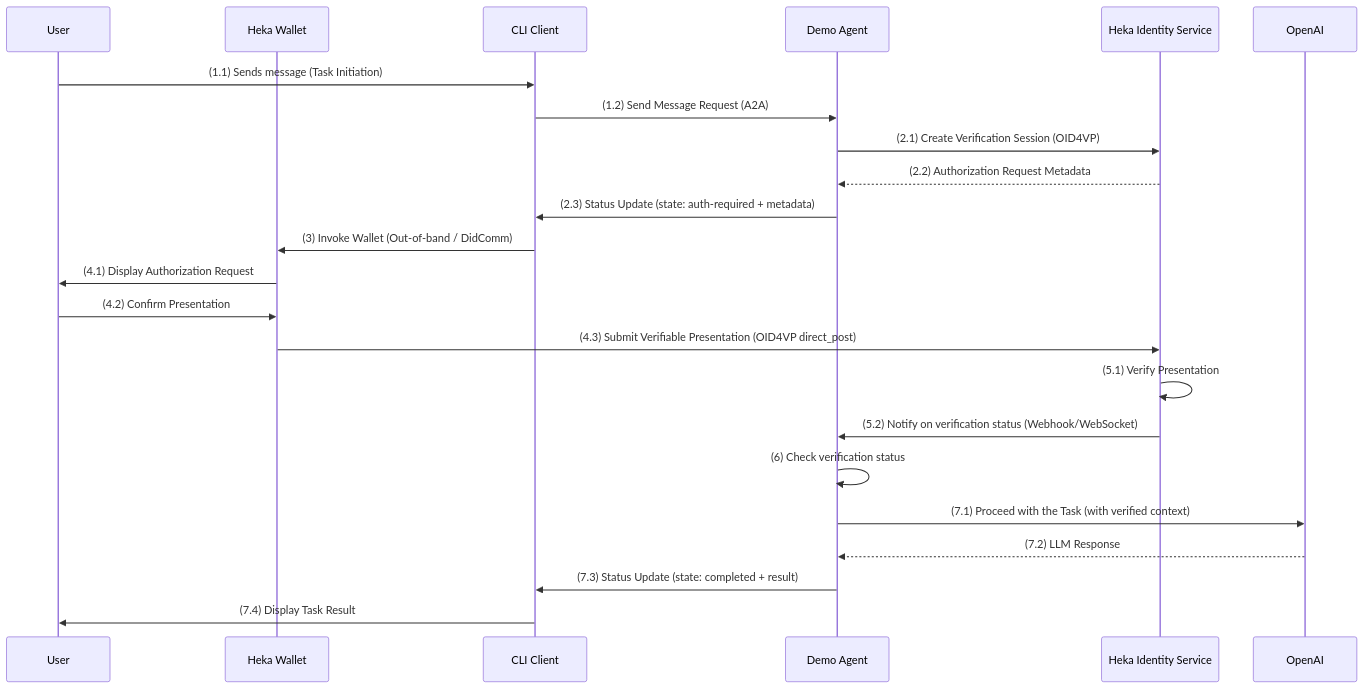
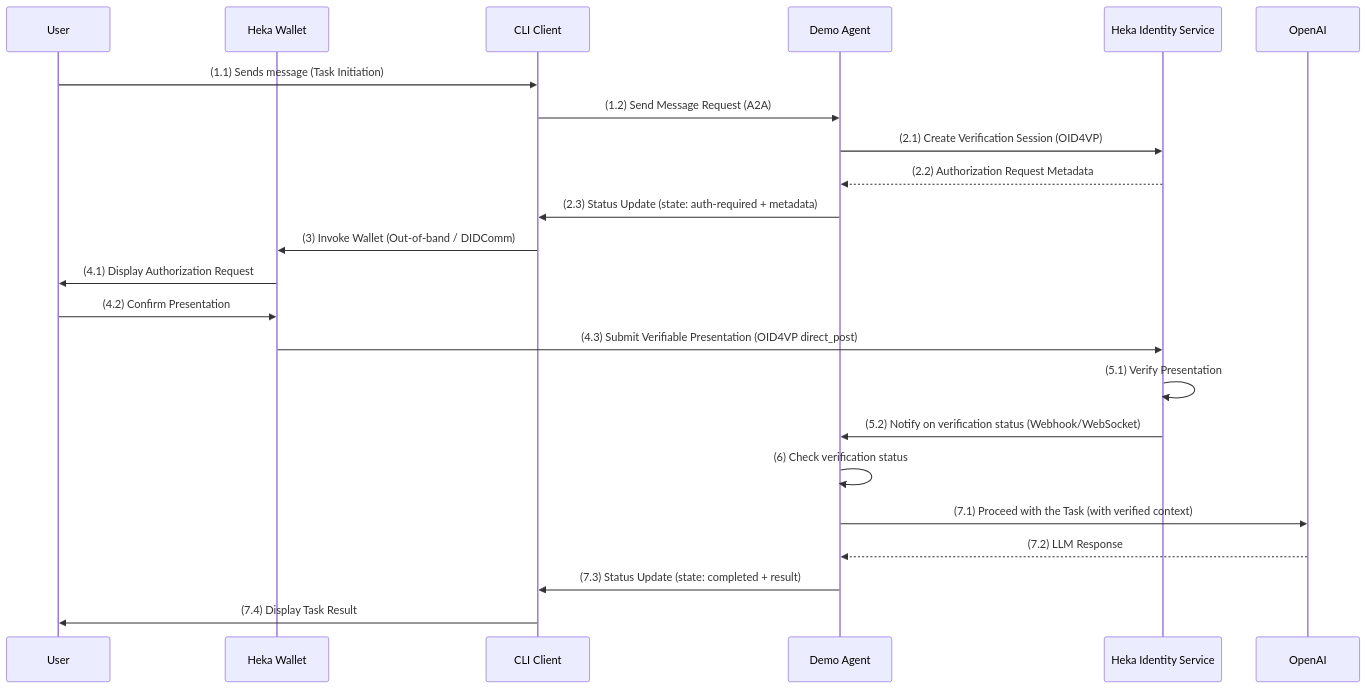
One commit to hiero-ledger/heka-identity-platform changed the diagram in demo/a2a-oid4vp/README.md. Above: the diagram before and after it, drawn with Mermaid. The commit also changed other lines of this file and 21 other files, not shown here.

````diff
--- a/demo/a2a-oid4vp/README.md
+++ b/demo/a2a-oid4vp/README.md
@@ -23,26 +23,26 @@
 ```mermaid
 sequenceDiagram
     participant User
     participant Wallet as Heka Wallet
     participant CLI as CLI Client
     participant Agent as Demo Agent
     participant HIS as Heka Identity Service
     participant LLM as OpenAI
 
     User->>CLI: (1.1) Sends message (Task Initiation)
     CLI->>Agent: (1.2) Send Message Request (A2A)
     Agent->>HIS: (2.1) Create Verification Session (OID4VP)
     HIS-->>Agent: (2.2) Authorization Request Metadata
     Agent->>CLI: (2.3) Status Update (state: auth-required + metadata)
-    CLI->>Wallet: (3) Invoke Wallet (Out-of-band / DidComm)
+    CLI->>Wallet: (3) Invoke Wallet (Out-of-band / DIDComm)
     Wallet->>User: (4.1) Display Authorization Request
     User->>Wallet: (4.2) Confirm Presentation
     Wallet->>HIS: (4.3) Submit Verifiable Presentation (OID4VP direct_post)
     HIS->>HIS: (5.1) Verify Presentation
     HIS->>Agent: (5.2) Notify on verification status (Webhook/WebSocket)
     Agent->>Agent: (6) Check verification status
     Agent->>LLM: (7.1) Proceed with the Task (with verified context)
     LLM-->>Agent: (7.2) LLM Response
     Agent->>CLI: (7.3) Status Update (state: completed + result)
     CLI->>User: (7.4) Display Task Result
 ```
````
